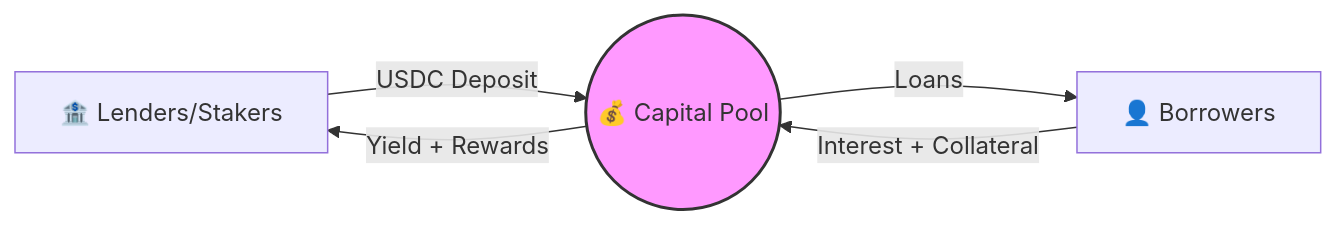
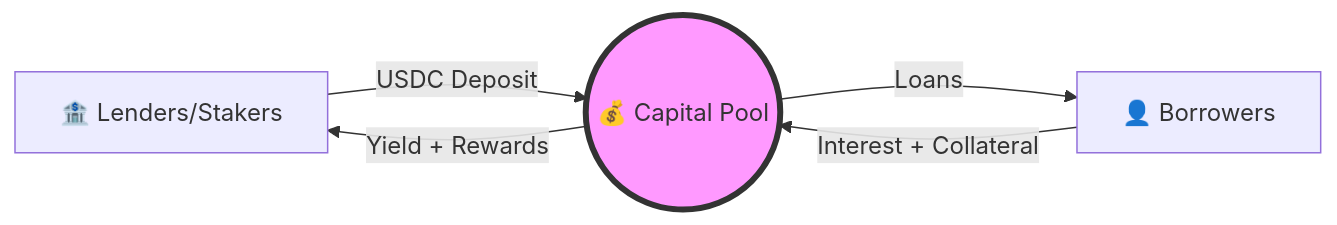
The first of 4 diagrams in README.md (Amnat3232/ginva), drawn with Mermaid before and after one commit. The commit also changed other lines of this file, not shown here.

````diff
--- a/README.md
+++ b/README.md
@@ -17,9 +16,9 @@
 ```mermaid
 graph LR
     L[🏦 Lenders/Stakers] -- "USDC Deposit" --> P((💰 Capital Pool))
     P -- "Loans" --> B[👤 Borrowers]
     B -- "Interest + Collateral" --> P
     P -- "Yield + Rewards" --> L
 
-    style P fill:#f9f,stroke:#333,stroke-width:2px
+    style P fill:#f9f,stroke:#333,stroke-width:4px
 ```
````
